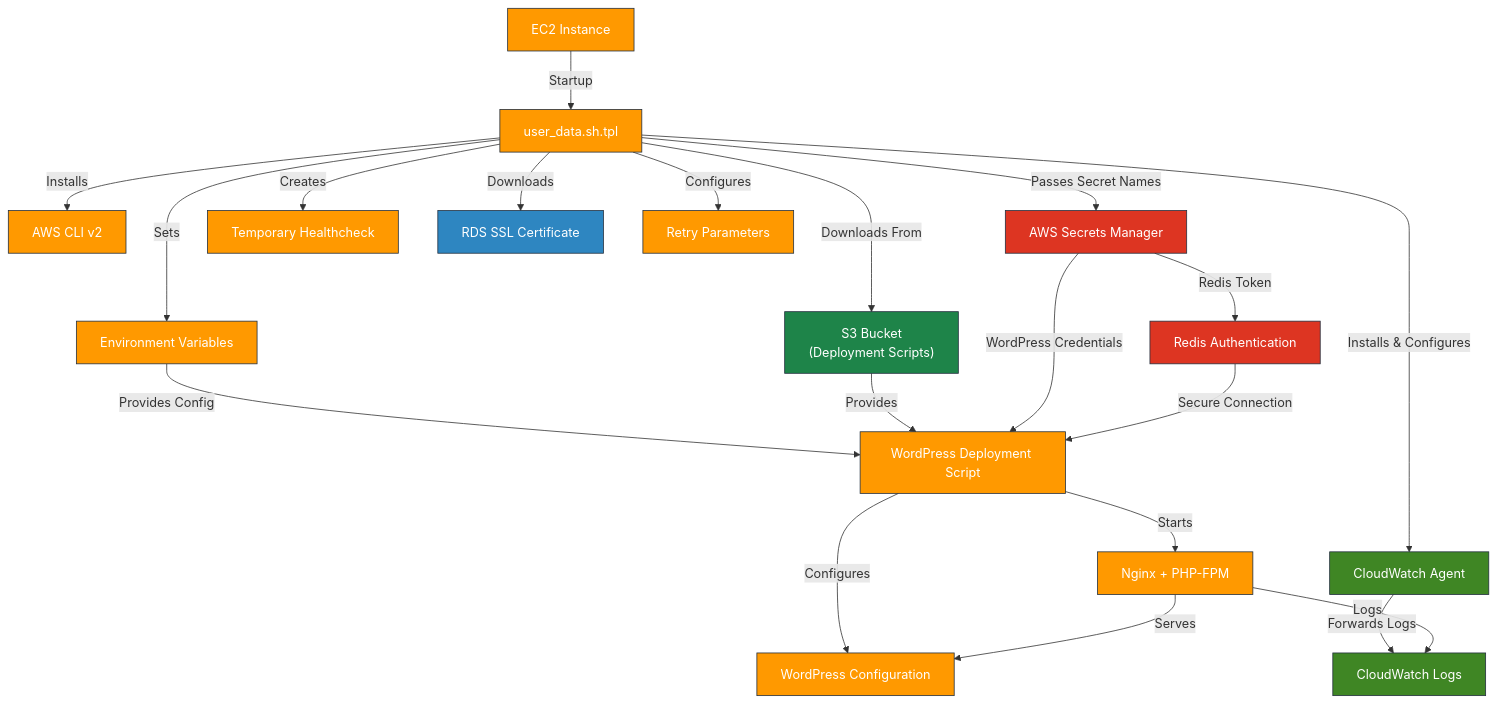
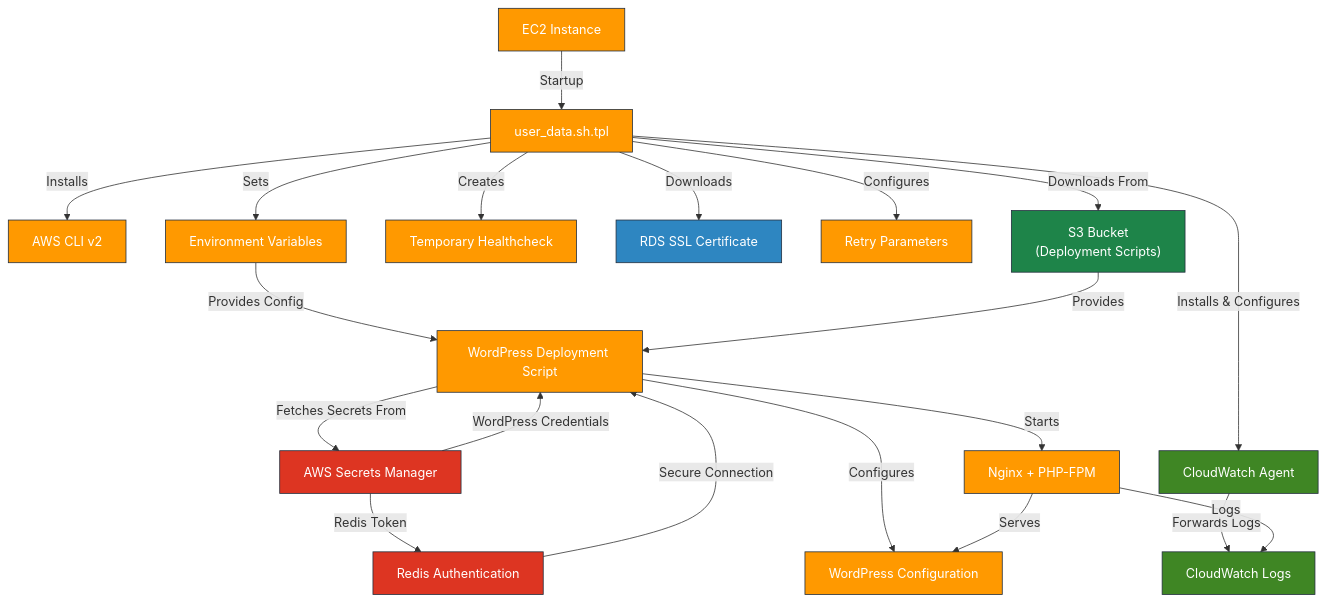
The diagram in terraform/templates/README.md (hetmanskyi-cloud/AWS), drawn with Mermaid before and after one commit. The commit also changed other lines of this file and 18 other files, not shown here.

````diff
--- a/terraform/templates/README.md
+++ b/terraform/templates/README.md
@@ -46,63 +66,63 @@
 ```mermaid
 graph TD
   %% Main Components
   EC2["EC2 Instance"]
   UserData["user_data.sh.tpl"]
   AWSCLI["AWS CLI v2"]
   EnvVars["Environment Variables"]
   SecretsManager["AWS Secrets Manager"]
   WPScript["WordPress Deployment Script"]
   WordPress["WordPress Configuration"]
   Healthcheck["Temporary Healthcheck"]
   WebServer["Nginx + PHP-FPM"]
   RDSSSL["RDS SSL Certificate"]
   RedisAuth["Redis Authentication"]
   RetryParams["Retry Parameters"]
   CloudWatchAgent["CloudWatch Agent"]
   CloudWatchLogs["CloudWatch Logs"]
 
   %% S3 Components
   S3Script["S3 Bucket<br>(Deployment Scripts)"]
 
   %% Main Flow
   EC2 -->|"Startup"| UserData
   UserData -->|"Installs"| AWSCLI
   UserData -->|"Sets"| EnvVars
   UserData -->|"Downloads"| RDSSSL
   UserData -->|"Creates"| Healthcheck
   UserData -->|"Configures"| RetryParams
   UserData -->|"Installs & Configures"| CloudWatchAgent
   CloudWatchAgent -->|"Forwards Logs"| CloudWatchLogs
   EnvVars -->|"Provides Config"| WPScript
 
   %% Script Download Logic
   UserData -->|"Downloads From"| S3Script
   S3Script -->|"Provides"| WPScript
 
   %% Secrets Flow
-  UserData -->|"Passes Secret Names"| SecretsManager
+  WPScript -->|"Fetches Secrets From"| SecretsManager
   SecretsManager -->|"WordPress Credentials"| WPScript
   SecretsManager -->|"Redis Token"| RedisAuth
   RedisAuth -->|"Secure Connection"| WPScript
 
   %% WordPress Configuration
   WPScript -->|"Configures"| WordPress
   WPScript -->|"Starts"| WebServer
   WebServer -->|"Serves"| WordPress
   WebServer -->|"Logs"| CloudWatchLogs
 
   %% Styling
   classDef compute fill:#FF9900,stroke:#232F3E,color:white
   classDef storage fill:#1E8449,stroke:#232F3E,color:white
   classDef security fill:#DD3522,stroke:#232F3E,color:white
   classDef decision fill:#0066CC,stroke:#232F3E,color:white
   classDef service fill:#7D3C98,stroke:#232F3E,color:white
   classDef network fill:#2E86C1,stroke:#232F3E,color:white
   classDef monitoring fill:#3F8624,stroke:#232F3E,color:white
 
   class EC2,UserData,AWSCLI,EnvVars,WPScript,WordPress,Healthcheck,WebServer,RetryParams compute
   class S3Script storage
   class SecretsManager,RedisAuth security
   class RDSSSL network
   class CloudWatchAgent,CloudWatchLogs monitoring
 ```
````
